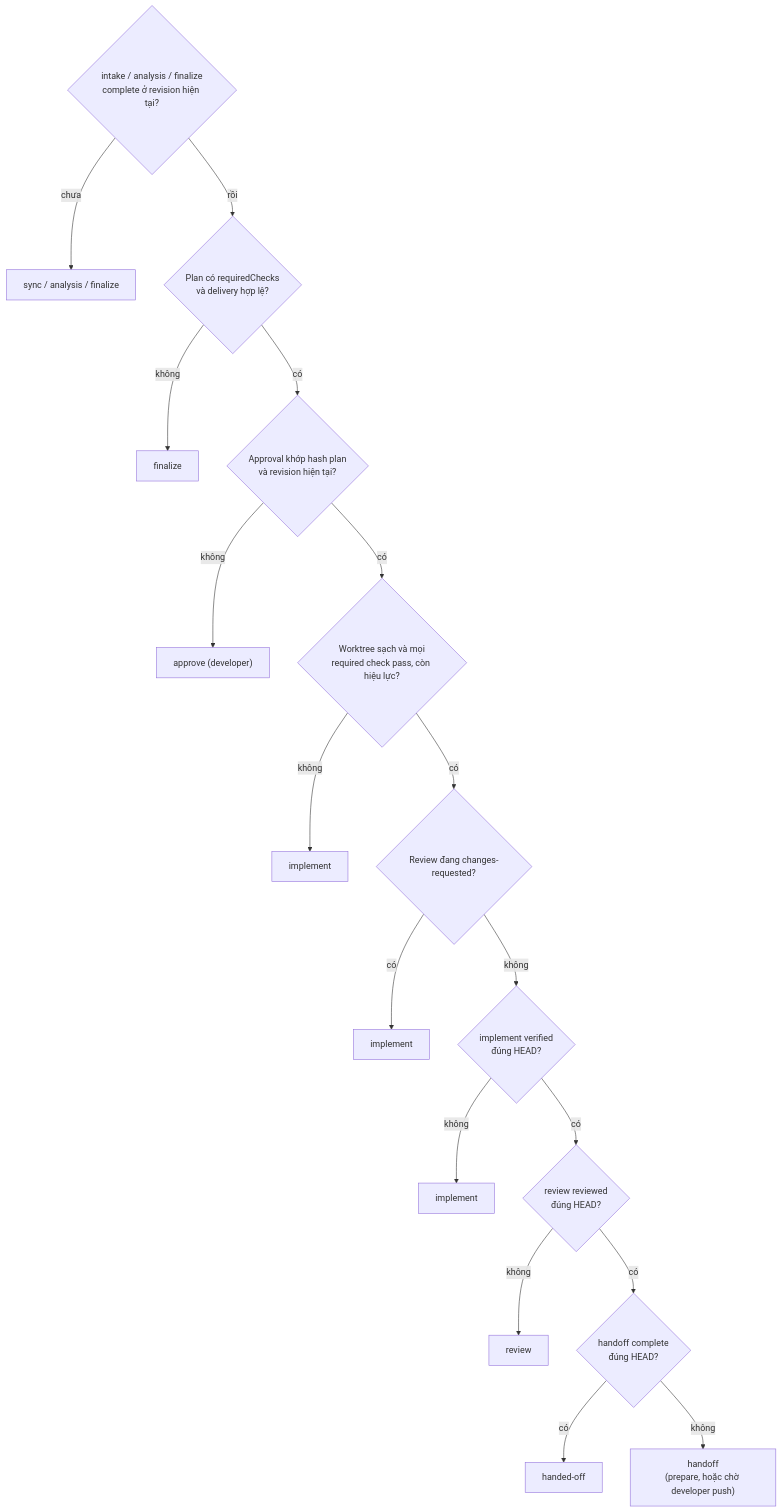
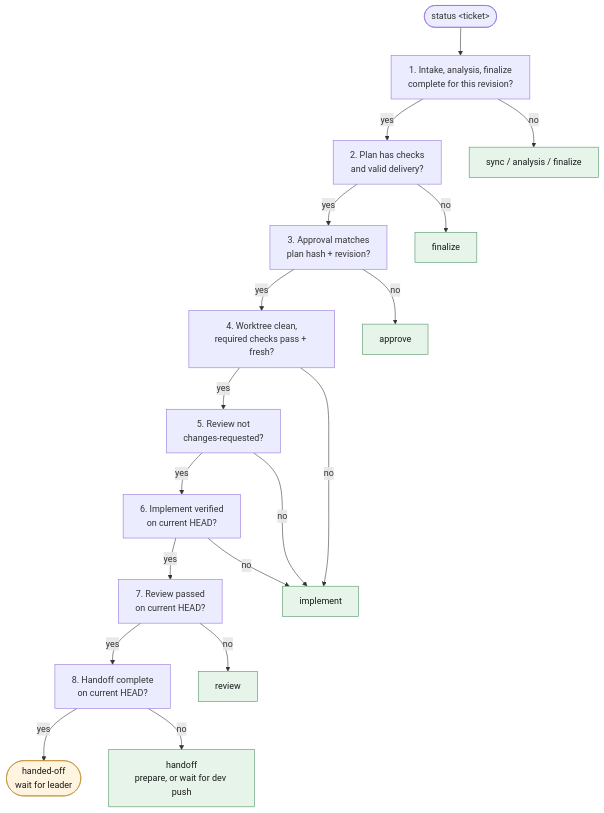
The fifth of 6 diagrams in .agents/TASK-SKILLS-GUIDE.md (hainguyen85/ticket-workflow-kit), drawn with Mermaid before and after one commit. The commit also changed other lines of this file and 67 other files, not shown here.

````diff
--- a/.agents/TASK-SKILLS-GUIDE.md
+++ b/.agents/TASK-SKILLS-GUIDE.md
@@ -180,19 +317,26 @@
 ```mermaid
 flowchart TD
-    A{"intake / analysis / finalize<br/>complete ở revision hiện tại?"} -- chưa --> A1["sync / analysis / finalize"]
-    A -- rồi --> B{"Plan có requiredChecks<br/>và delivery hợp lệ?"}
-    B -- không --> B1["finalize"]
-    B -- có --> C{"Approval khớp hash plan<br/>và revision hiện tại?"}
-    C -- không --> C1["approve (developer)"]
-    C -- có --> D{"Worktree sạch và mọi<br/>required check pass, còn hiệu lực?"}
-    D -- không --> D1["implement"]
-    D -- có --> E{"Review đang changes-requested?"}
-    E -- có --> E1["implement"]
-    E -- không --> F{"implement verified<br/>đúng HEAD?"}
-    F -- không --> F1["implement"]
-    F -- có --> G{"review reviewed<br/>đúng HEAD?"}
-    G -- không --> G1["review"]
-    G -- có --> H{"handoff complete<br/>đúng HEAD?"}
-    H -- có --> H1["handed-off"]
-    H -- không --> H2["handoff<br/>(prepare, hoặc chờ developer push)"]
+    Start(["status &lt;ticket&gt;"]) --> C1
+    C1["1. Intake, analysis, finalize<br/>complete for this revision?"] -- yes --> C2
+    C2["2. Plan has checks<br/>and valid delivery?"] -- yes --> C3
+    C3["3. Approval matches<br/>plan hash + revision?"] -- yes --> C4
+    C4["4. Worktree clean,<br/>required checks pass + fresh?"] -- yes --> C5
+    C5["5. Review not<br/>changes-requested?"] -- yes --> C6
+    C6["6. Implement verified<br/>on current HEAD?"] -- yes --> C7
+    C7["7. Review passed<br/>on current HEAD?"] -- yes --> C8
+    C8["8. Handoff complete<br/>on current HEAD?"] -- yes --> N9(["handed-off<br/>wait for leader"])
+
+    C1 -- no --> N1["sync / analysis / finalize"]
+    C2 -- no --> N2["finalize"]
+    C3 -- no --> N3["approve"]
+    C4 -- no --> N4["implement"]
+    C5 -- no --> N4
+    C6 -- no --> N4
+    C7 -- no --> N7["review"]
+    C8 -- no --> N8["handoff<br/>prepare, or wait for dev push"]
+
+    classDef out fill:#e6f4ea,stroke:#4a8f5f,color:#1a1a1a
+    classDef done fill:#fff4e0,stroke:#c08a2e,color:#1a1a1a
+    class N1,N2,N3,N4,N7,N8 out
+    class N9 done
 ```
````
